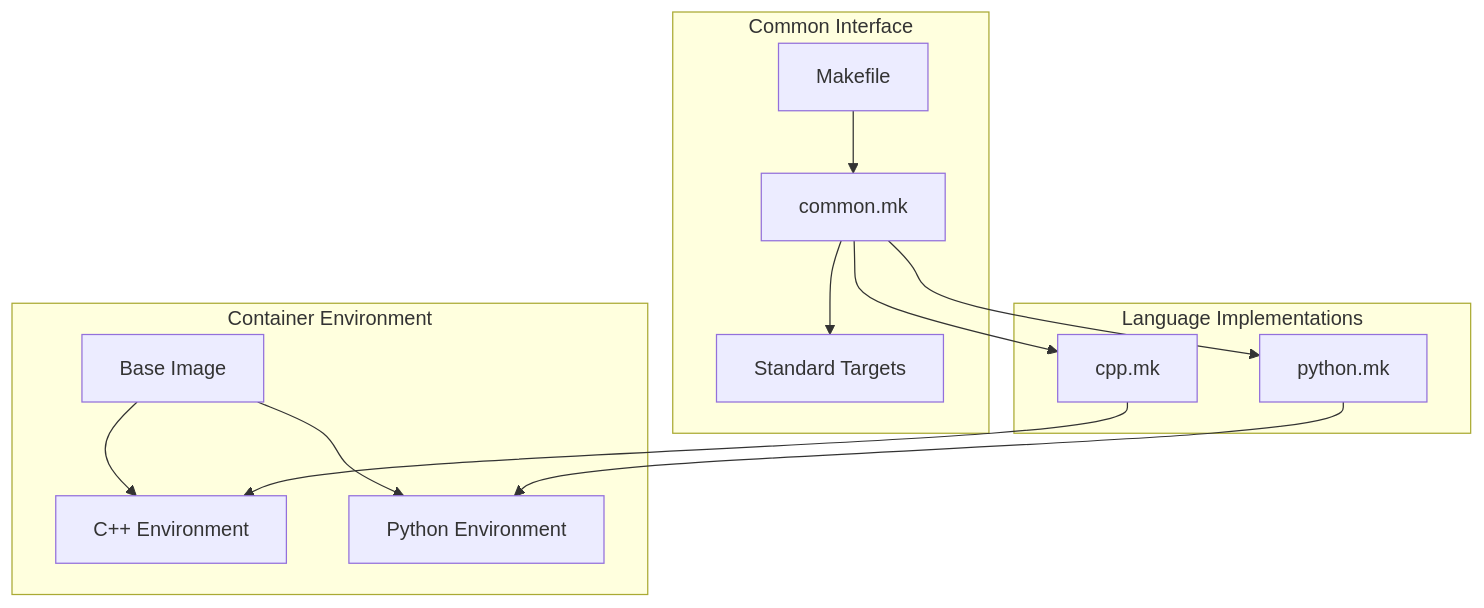
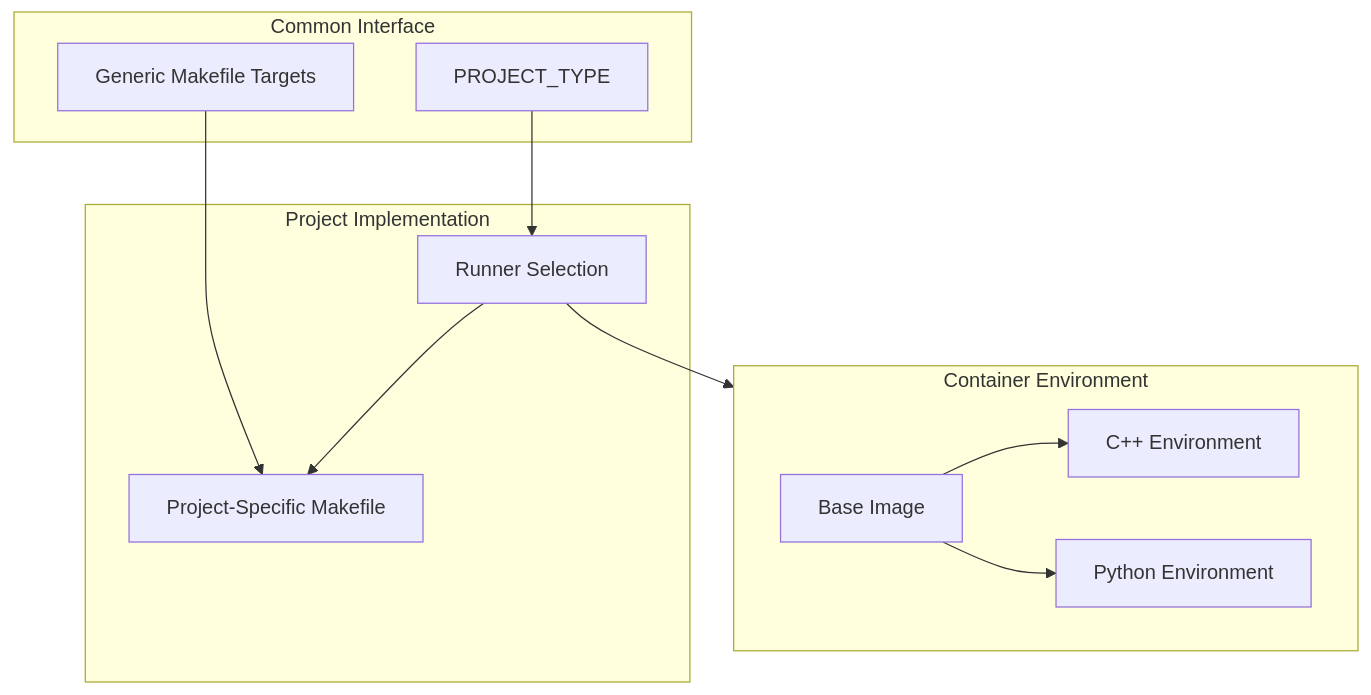
Before and after one commit to jlheater/test-project-123456: the first of 3 diagrams in docs/build-system/overview.md, drawn with Mermaid. The commit also changed other lines of this file and 11 other files, not shown here.

Commit message:
Enhance documentation for system requirements and build process, including a structured table of contents and updates to makefile usage for C++ and Python projects.

````diff
--- a/docs/build-system/overview.md
+++ b/docs/build-system/overview.md
@@ -7,24 +7,25 @@
 ```mermaid
 flowchart TD
     subgraph Interface["Common Interface"]
-        Make["Makefile"] --> Common["common.mk"]
-        Common --> Targets["Standard Targets"]
+        Make["Generic Makefile Targets"]
+        Type["PROJECT_TYPE"]
     end
 
-    subgraph Languages["Language Implementations"]
-        Common --> CPP["cpp.mk"]
-        Common --> Python["python.mk"]
+    subgraph Project["Project Implementation"]
+        Impl["Project-Specific Makefile"]
+        Make --> Impl
+        Type --> Runner["Runner Selection"]
+        Runner --> Impl
     end
 
     subgraph Docker["Container Environment"]
         Base["Base Image"]
         CPPEnv["C++ Environment"]
         PyEnv["Python Environment"]
         
         Base --> CPPEnv
         Base --> PyEnv
     end
 
-    CPP --> CPPEnv
-    Python --> PyEnv
+    Runner --> Docker
 ```
````
